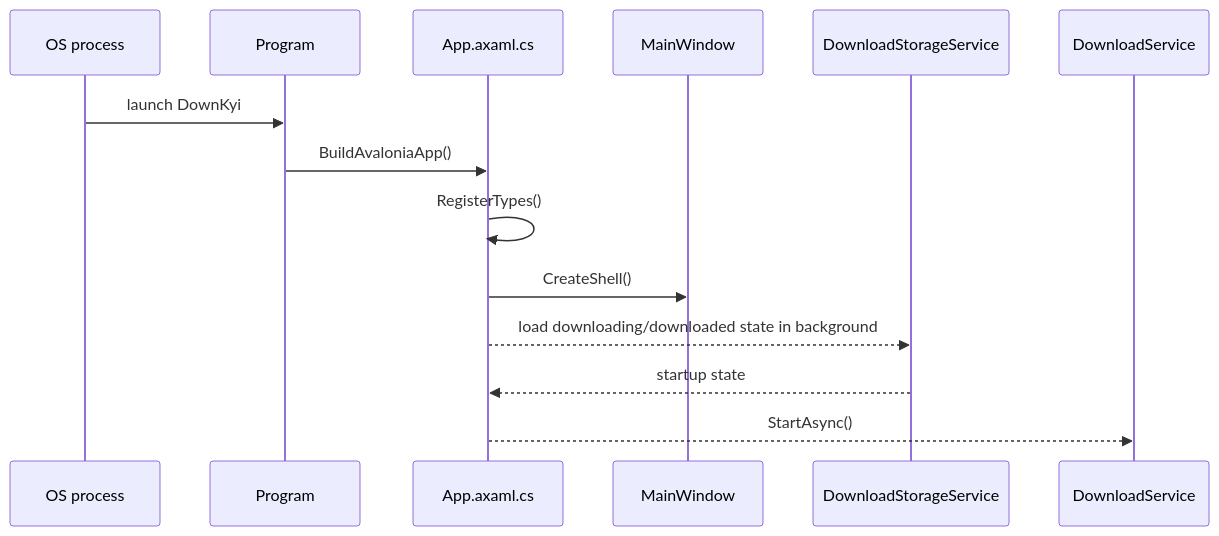
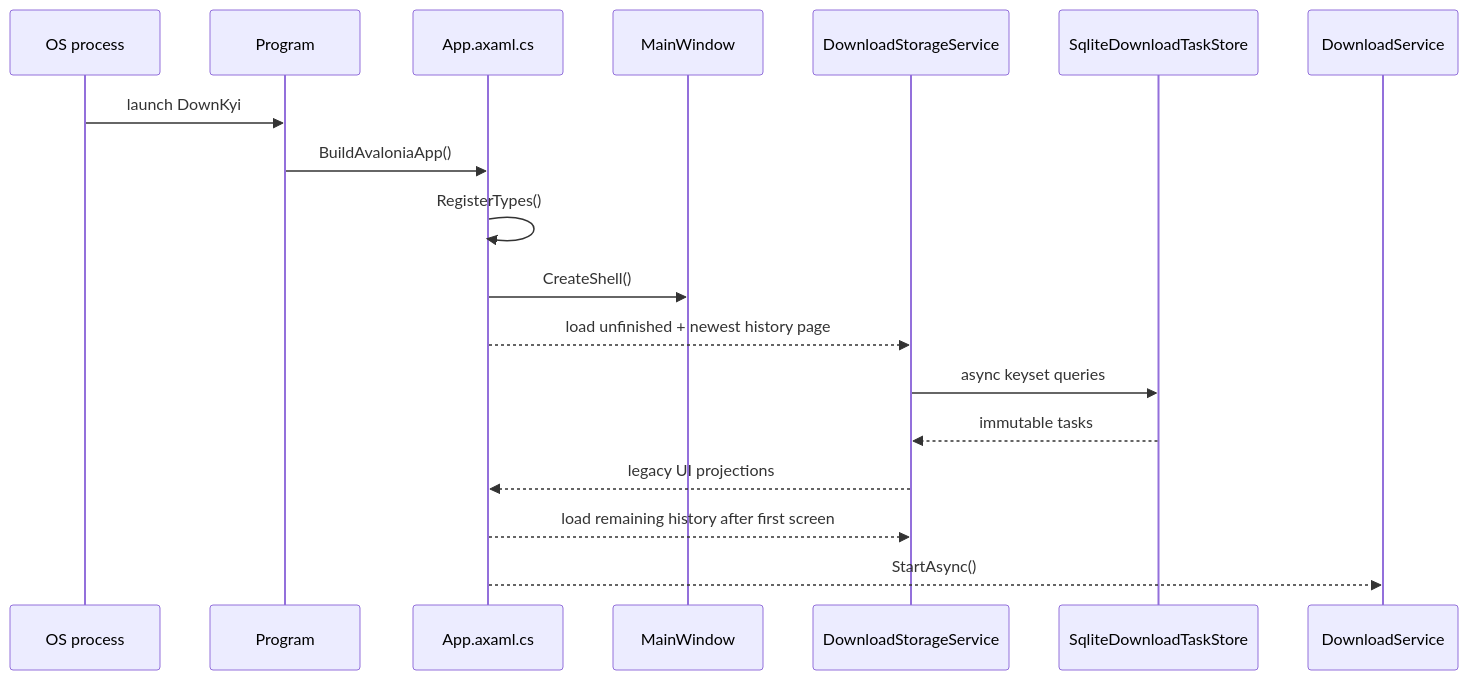
Before and after one commit to crazysmile-PhD/downkyicore: the second of 4 diagrams in docs/ai-knowledge-graph.md, drawn with Mermaid. The commit also changed other lines of this file and 2 other files, not shown here.

Commit message:
docs: advance refactoring plan to download runtime

````diff
--- a/docs/ai-knowledge-graph.md
+++ b/docs/ai-knowledge-graph.md
@@ -725,17 +759,21 @@
 ```mermaid
 sequenceDiagram
     participant OS as OS process
     participant Program as Program
     participant App as App.axaml.cs
     participant Shell as MainWindow
-    participant Storage as DownloadStorageService
+    participant Projection as DownloadStorageService
+    participant Store as SqliteDownloadTaskStore
     participant Runtime as DownloadService
 
     OS->>Program: launch DownKyi
     Program->>App: BuildAvaloniaApp()
     App->>App: RegisterTypes()
     App->>Shell: CreateShell()
-    App-->>Storage: load downloading/downloaded state in background
-    Storage-->>App: startup state
+    App-->>Projection: load unfinished + newest history page
+    Projection->>Store: async keyset queries
+    Store-->>Projection: immutable tasks
+    Projection-->>App: legacy UI projections
+    App-->>Projection: load remaining history after first screen
     App-->>Runtime: StartAsync()
 ```
````
